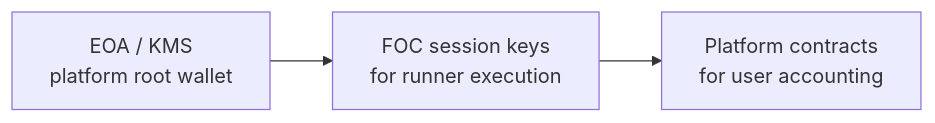
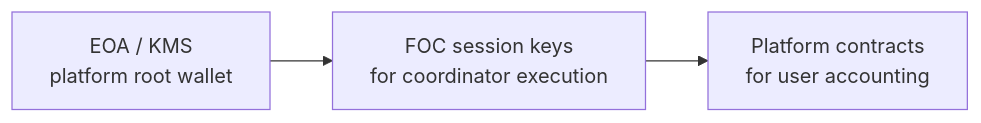
The sixth of 20 diagrams in spec.md (FIL-Builders/foc-platform), drawn with Mermaid before and after one commit. The commit also changed other lines of this file, not shown here.

Commit message:
Replace runner terminology with coordinator

````diff
--- a/spec.md
+++ b/spec.md
@@ -535,9 +535,9 @@
 ```mermaid
 flowchart LR
   root["EOA / KMS<br/>platform root wallet"]
-  session["FOC session keys<br/>for runner execution"]
+  session["FOC session keys<br/>for coordinator execution"]
   accounting["Platform contracts<br/>for user accounting"]
 
   root --> session
   session --> accounting
 ```
````
